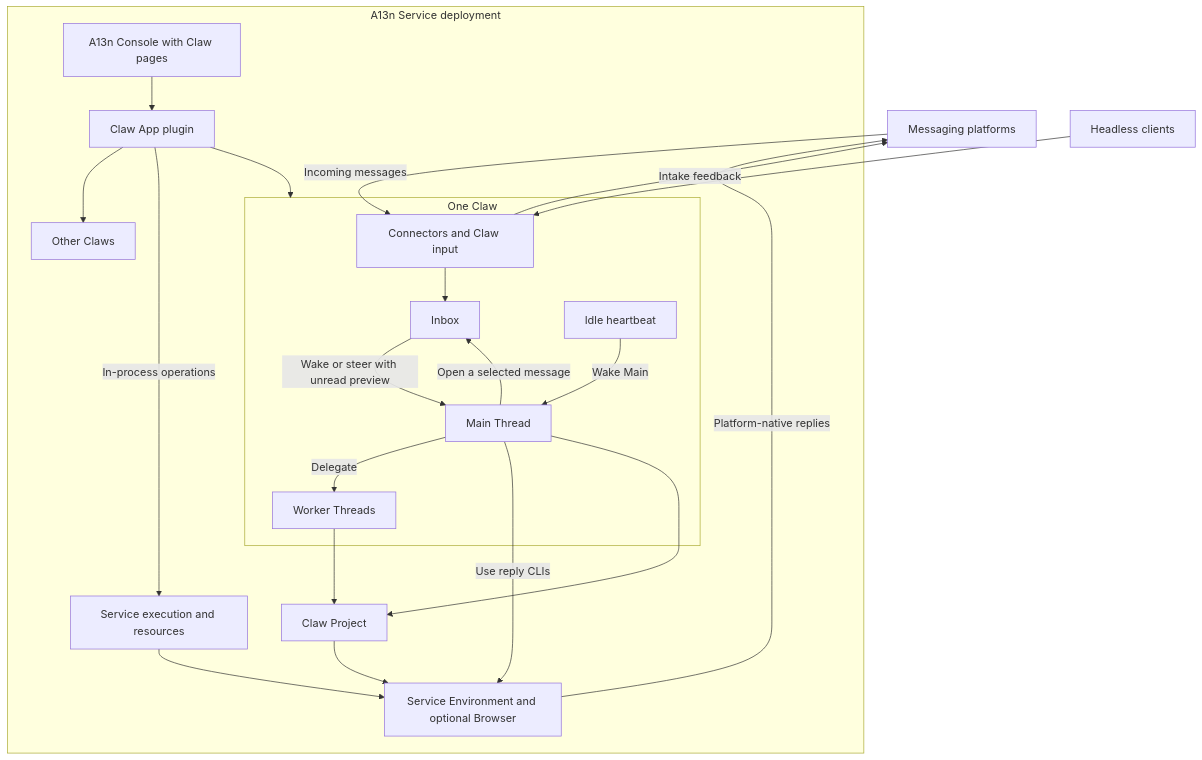
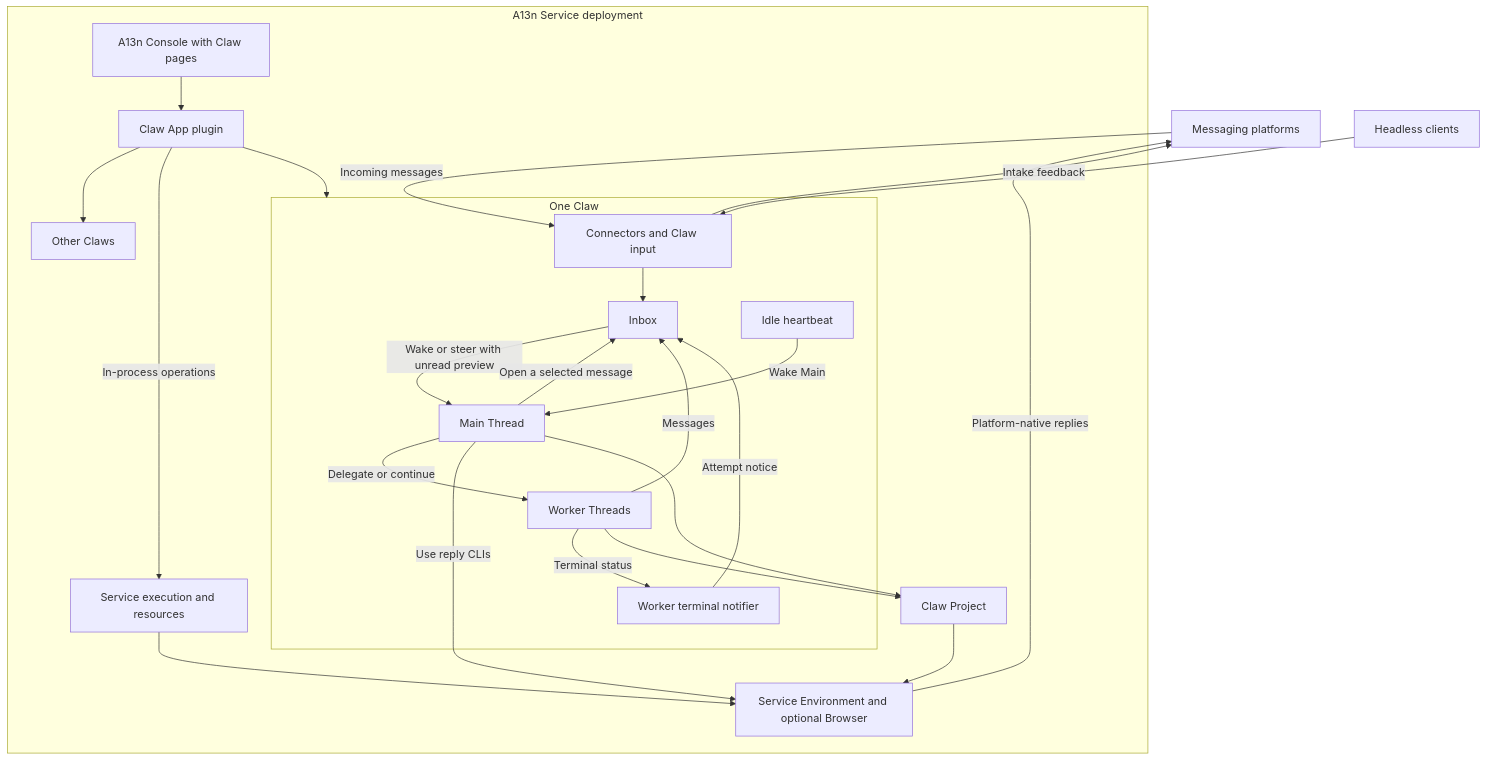
One commit to Wh1isper/a13n-claw changed the first of 2 diagrams in spec/00-overview.md. Above: the diagram before and after it, drawn with Mermaid. The commit also changed other lines of this file and 5 other files, not shown here.

````diff
--- a/spec/00-overview.md
+++ b/spec/00-overview.md
@@ -11,38 +11,42 @@
 ```mermaid
 flowchart TB
     Platforms[Messaging platforms]
     Clients[Headless clients]
     subgraph Deployment[A13n Service deployment]
         Console[A13n Console with Claw pages]
         App[Claw App plugin]
         subgraph A[One Claw]
             Connector[Connectors and Claw input]
             Inbox[Inbox]
             Main[Main Thread]
             Workers[Worker Threads]
+            Notices[Worker terminal notifier]
             Heartbeat[Idle heartbeat]
             Connector --> Inbox
             Inbox -->|Wake or steer with unread preview| Main
             Main -->|Open a selected message| Inbox
-            Main -->|Delegate| Workers
+            Main -->|Delegate or continue| Workers
+            Workers -->|Messages| Inbox
+            Workers -->|Terminal status| Notices
+            Notices -->|Attempt notice| Inbox
             Heartbeat -->|Wake Main| Main
         end
         B[Other Claws]
         Service[Service execution and resources]
         Project[Claw Project]
         Work[Service Environment and optional Browser]
         Console --> App
         App --> A
         App --> B
         App -->|In-process operations| Service
         Main -->|Use reply CLIs| Work
         Main --> Project
         Workers --> Project
         Project --> Work
         Service --> Work
     end
     Platforms -->|Incoming messages| Connector
     Connector -->|Intake feedback| Platforms
     Work -->|Platform-native replies| Platforms
     Clients --> Connector
 ```
````
